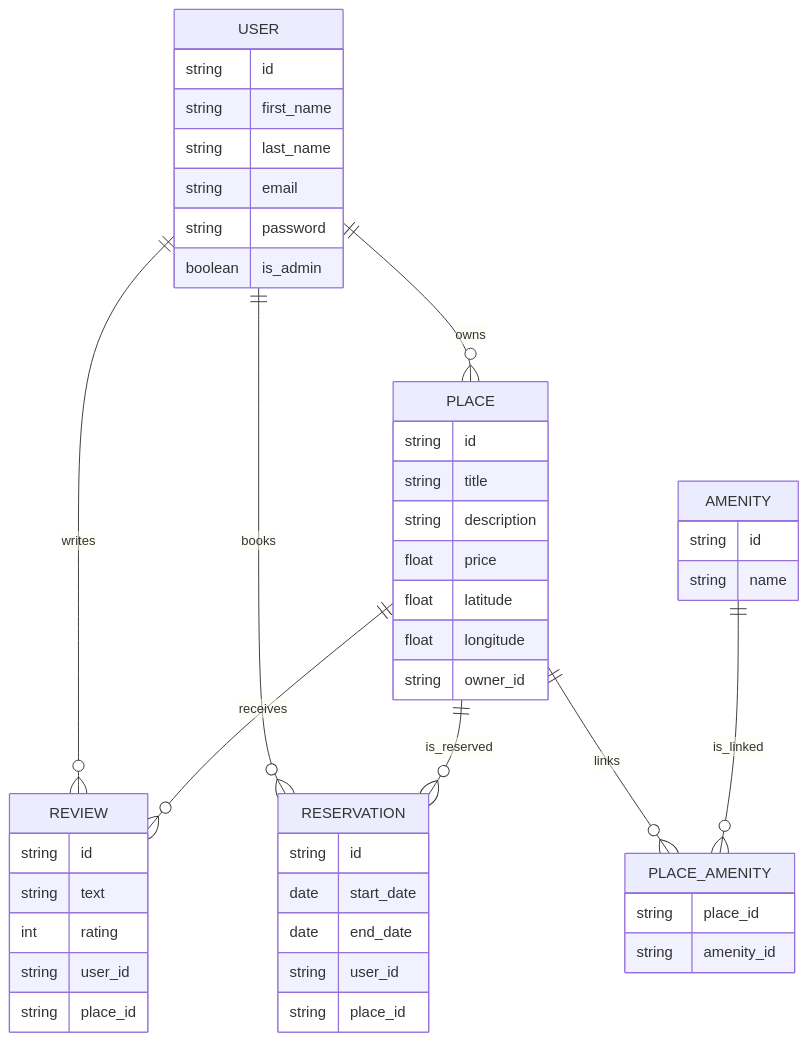
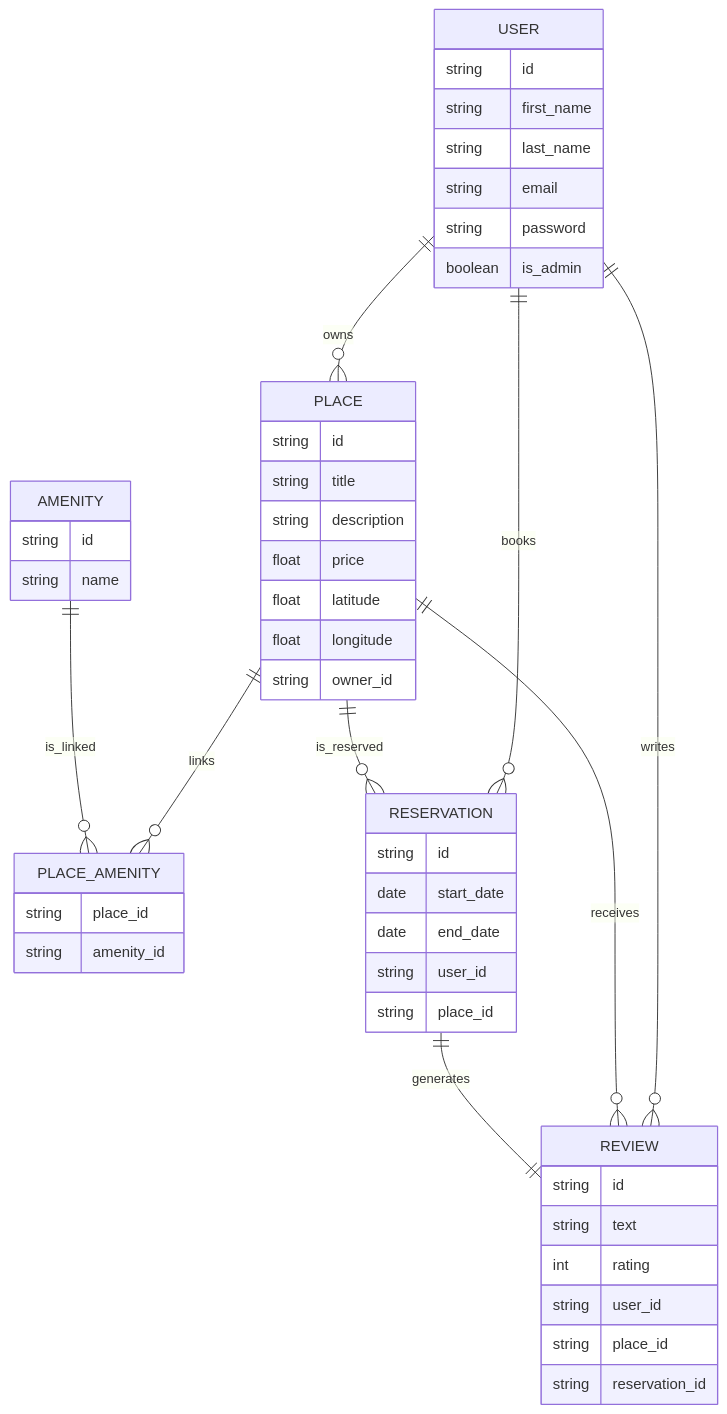
The diagram in part3/app/persistence/diagramER.md (Ravou/holbertonschool-hbnb), drawn with Mermaid before and after one commit.

Commit message:
add relation between reservation and review

````diff
--- a/part3/app/persistence/diagramER.md
+++ b/part3/app/persistence/diagramER.md
@@ -1,58 +1,62 @@
 ```mermaid
 erDiagram
     USER {
         string id
         string first_name
         string last_name
         string email
         string password
         boolean is_admin
     }
 
     PLACE {
         string id
         string title
         string description
         float price
         float latitude
         float longitude
         string owner_id
     }
 
     REVIEW {
         string id
         string text
         int rating
         string user_id
         string place_id
+        string reservation_id
     }
 
     AMENITY {
         string id
         string name
     }
 
     PLACE_AMENITY {
         string place_id
         string amenity_id
     }
 
     RESERVATION {
         string id
         date start_date
         date end_date
         string user_id
         string place_id
     }
 
     %% Relations
     USER ||--o{ PLACE : owns
     USER ||--o{ REVIEW : writes
     USER ||--o{ RESERVATION : books
 
     PLACE ||--o{ REVIEW : receives
     PLACE ||--o{ RESERVATION : is_reserved
     PLACE ||--o{ PLACE_AMENITY : links
 
     AMENITY ||--o{ PLACE_AMENITY : is_linked
+
+    RESERVATION ||--|| REVIEW : generates
+
 ```
````
